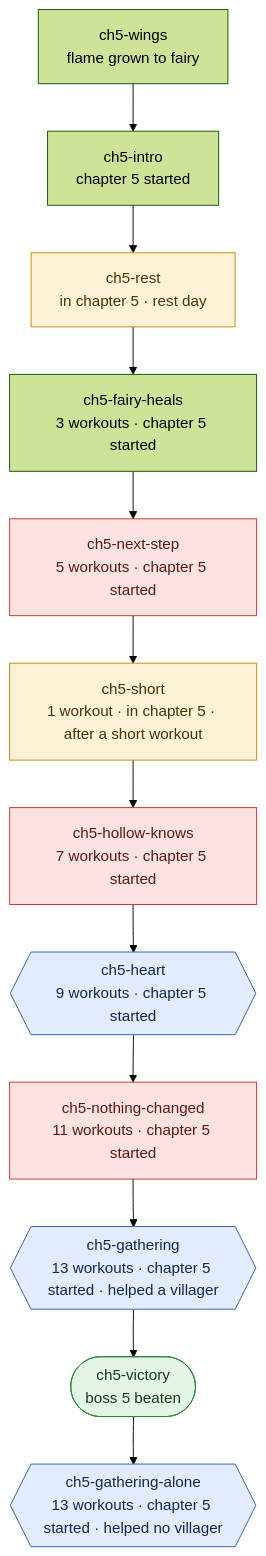
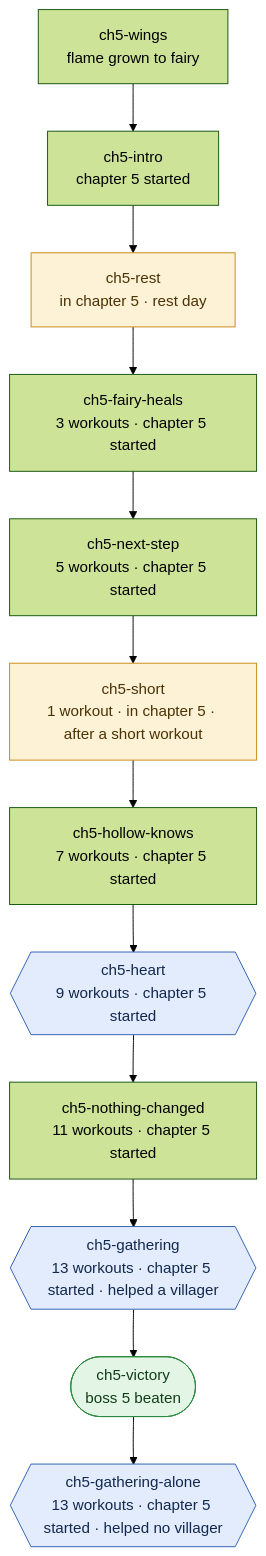
Diagram 16 of 17 in src/story/graph.md (damicoedoardo/calisthenics-quest), drawn with Mermaid (forest theme) before and after one commit. The commit also changed other lines of this file and 14 other files, not shown here.

First line of the commit message:
Story catches up when a boss falls early, and the graph test holds it

````diff
--- a/src/story/graph.md
+++ b/src/story/graph.md
@@ -589,39 +502,36 @@
 ```mermaid
 flowchart TD
   ch5_wings["ch5-wings<br/>flame grown to fairy"]
   ch5_intro["ch5-intro<br/>chapter 5 started"]
   ch5_rest["ch5-rest<br/>in chapter 5 · rest day"]
   ch5_fairy_heals["ch5-fairy-heals<br/>3 workouts · chapter 5 started"]
   ch5_next_step["ch5-next-step<br/>5 workouts · chapter 5 started"]
   ch5_short["ch5-short<br/>1 workout · in chapter 5 · after a short workout"]
   ch5_hollow_knows["ch5-hollow-knows<br/>7 workouts · chapter 5 started"]
   ch5_heart{{"ch5-heart<br/>9 workouts · chapter 5 started"}}
   ch5_nothing_changed["ch5-nothing-changed<br/>11 workouts · chapter 5 started"]
   ch5_gathering{{"ch5-gathering<br/>13 workouts · chapter 5 started · helped a villager"}}
   ch5_victory(["ch5-victory<br/>boss 5 beaten"])
   ch5_gathering_alone{{"ch5-gathering-alone<br/>13 workouts · chapter 5 started · helped no villager"}}
   ch5_wings --> ch5_intro
   ch5_intro --> ch5_rest
   ch5_rest --> ch5_fairy_heals
   ch5_fairy_heals --> ch5_next_step
   ch5_next_step --> ch5_short
   ch5_short --> ch5_hollow_knows
   ch5_hollow_knows --> ch5_heart
   ch5_heart --> ch5_nothing_changed
   ch5_nothing_changed --> ch5_gathering
   ch5_gathering --> ch5_victory
   ch5_victory --> ch5_gathering_alone
   classDef lost fill:#fde2e2,stroke:#c0392b,color:#5b1a12
   classDef only fill:#fdf1d6,stroke:#c98a10,color:#4a3305
   classDef ask fill:#e2ecfd,stroke:#2f5fb3,color:#13284d
   classDef done fill:#e3f6e5,stroke:#2e8b3e,color:#123d19
-  class ch5_next_step lost
-  class ch5_hollow_knows lost
   class ch5_heart ask
-  class ch5_nothing_changed lost
   class ch5_gathering ask
   class ch5_gathering_alone ask
   class ch5_short only
   class ch5_rest only
   class ch5_victory done
 ```
````
